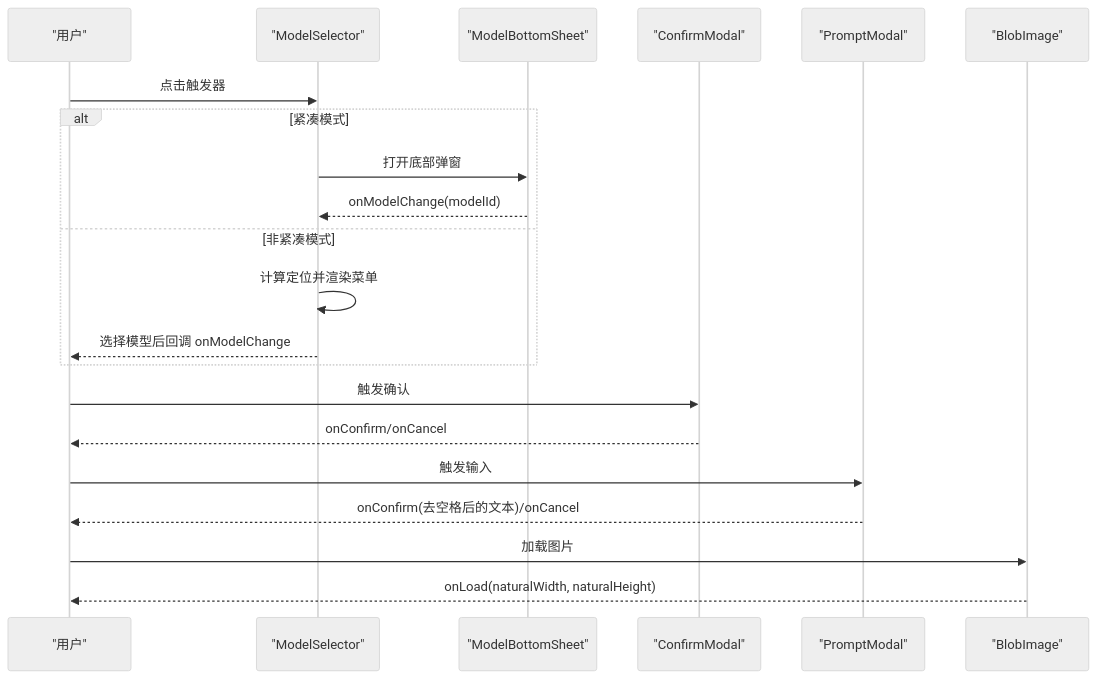
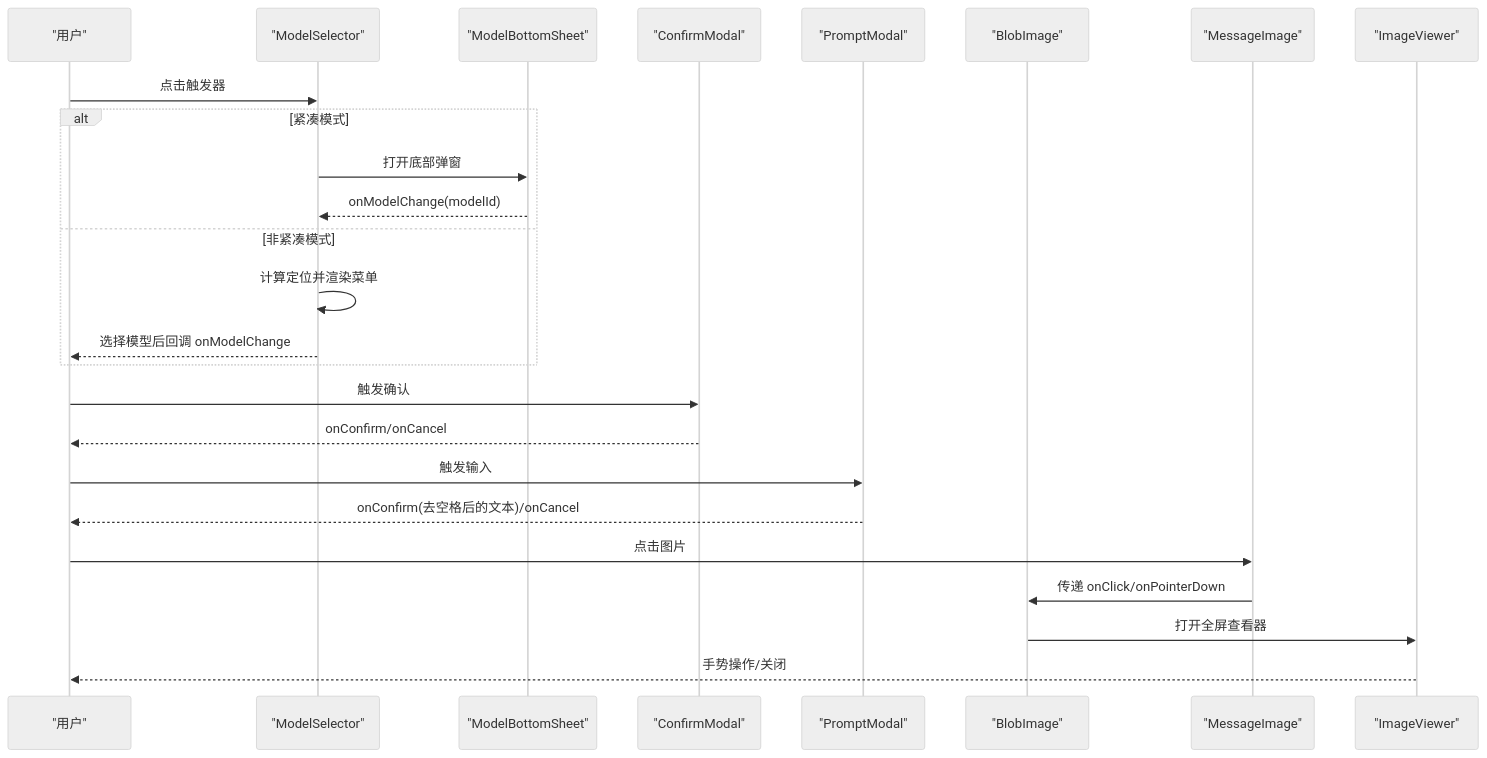
The second of 3 diagrams in .qoder/repowiki/zh/content/架构设计/组件架构设计/通用组件库.md (billye220670/AIShop), drawn with Mermaid (neutral theme) before and after one commit. The commit also changed other lines of this file and 40 other files, not shown here.

````diff
--- a/.qoder/repowiki/zh/content/架构设计/组件架构设计/通用组件库.md
+++ b/.qoder/repowiki/zh/content/架构设计/组件架构设计/通用组件库.md
@@ -92,23 +103,27 @@
 ```mermaid
 sequenceDiagram
 participant U as "用户"
 participant MS as "ModelSelector"
 participant MBS as "ModelBottomSheet"
 participant CM as "ConfirmModal"
 participant PM as "PromptModal"
 participant BI as "BlobImage"
+participant MI as "MessageImage"
+participant IV as "ImageViewer"
 U->>MS : 点击触发器
 alt 紧凑模式
 MS->>MBS : 打开底部弹窗
 MBS-->>MS : onModelChange(modelId)
 else 非紧凑模式
 MS->>MS : 计算定位并渲染菜单
 MS-->>U : 选择模型后回调 onModelChange
 end
 U->>CM : 触发确认
 CM-->>U : onConfirm/onCancel
 U->>PM : 触发输入
 PM-->>U : onConfirm(去空格后的文本)/onCancel
-U->>BI : 加载图片
-BI-->>U : onLoad(naturalWidth, naturalHeight)
+U->>MI : 点击图片
+MI->>BI : 传递 onClick/onPointerDown
+BI->>IV : 打开全屏查看器
+IV-->>U : 手势操作/关闭
 ```
````
